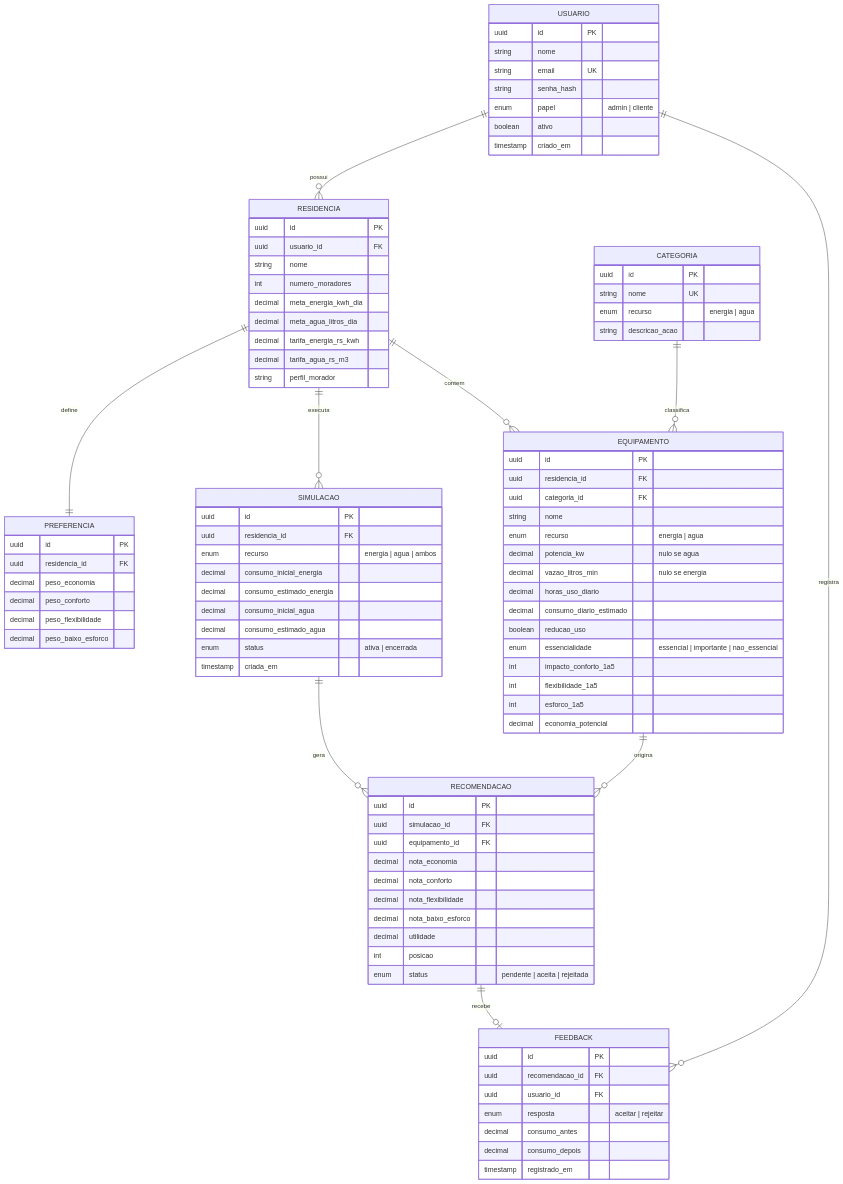
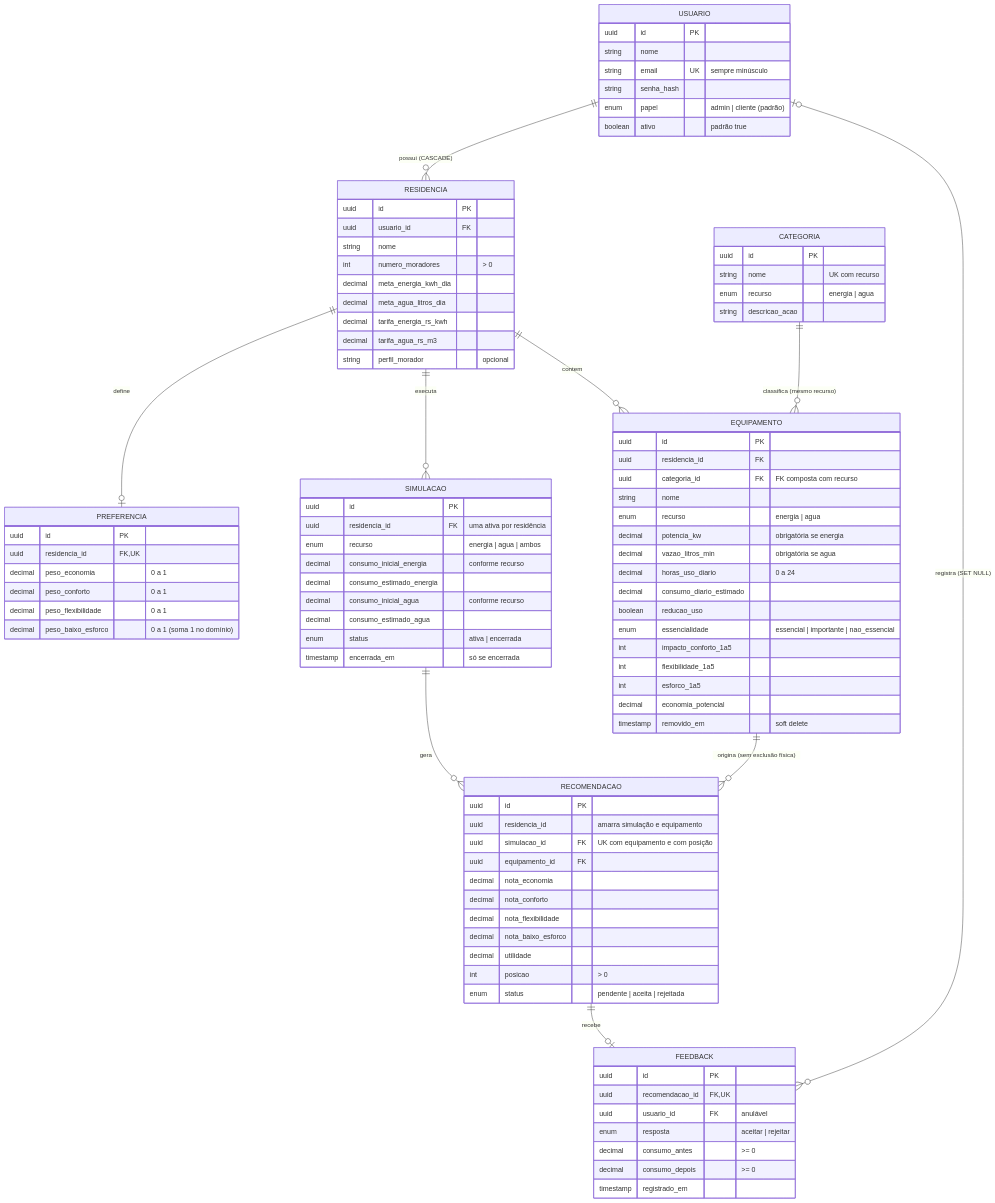
Before and after one commit to Joloano/agente-recomendacao-economia: the first of 3 diagrams in docs/diagramas.md, drawn with Mermaid. The commit also changed other lines of this file and 20 other files, not shown here.

````diff
--- a/docs/diagramas.md
+++ b/docs/diagramas.md
@@ -5,58 +8,57 @@
 ```mermaid
 erDiagram
-    USUARIO ||--o{ RESIDENCIA : possui
-    RESIDENCIA ||--|| PREFERENCIA : define
+    USUARIO ||--o{ RESIDENCIA : "possui (CASCADE)"
+    RESIDENCIA ||--o| PREFERENCIA : define
     RESIDENCIA ||--o{ EQUIPAMENTO : contem
-    CATEGORIA ||--o{ EQUIPAMENTO : classifica
+    CATEGORIA ||--o{ EQUIPAMENTO : "classifica (mesmo recurso)"
     RESIDENCIA ||--o{ SIMULACAO : executa
     SIMULACAO ||--o{ RECOMENDACAO : gera
-    EQUIPAMENTO ||--o{ RECOMENDACAO : origina
+    EQUIPAMENTO ||--o{ RECOMENDACAO : "origina (sem exclusão física)"
     RECOMENDACAO ||--o| FEEDBACK : recebe
-    USUARIO ||--o{ FEEDBACK : registra
+    USUARIO |o--o{ FEEDBACK : "registra (SET NULL)"
 
     USUARIO {
         uuid id PK
         string nome
-        string email UK
+        string email UK "sempre minúsculo"
         string senha_hash
-        enum papel "admin | cliente"
-        boolean ativo
-        timestamp criado_em
+        enum papel "admin | cliente (padrão)"
+        boolean ativo "padrão true"
     }
     RESIDENCIA {
         uuid id PK
         uuid usuario_id FK
         string nome
-        int numero_moradores
+        int numero_moradores "> 0"
         decimal meta_energia_kwh_dia
         decimal meta_agua_litros_dia
         decimal tarifa_energia_rs_kwh
         decimal tarifa_agua_rs_m3
-        string perfil_morador
+        string perfil_morador "opcional"
     }
     PREFERENCIA {
         uuid id PK
-        uuid residencia_id FK
-        decimal peso_economia
-        decimal peso_conforto
-        decimal peso_flexibilidade
-        decimal peso_baixo_esforco
+        uuid residencia_id FK,UK
+        decimal peso_economia "0 a 1"
+        decimal peso_conforto "0 a 1"
+        decimal peso_flexibilidade "0 a 1"
+        decimal peso_baixo_esforco "0 a 1 (soma 1 no domínio)"
     }
     CATEGORIA {
         uuid id PK
-        string nome UK
+        string nome "UK com recurso"
         enum recurso "energia | agua"
         string descricao_acao
     }
     EQUIPAMENTO {
         uuid id PK
         uuid residencia_id FK
-        uuid categoria_id FK
+        uuid categoria_id FK "FK composta com recurso"
         string nome
         enum recurso "energia | agua"
-        decimal potencia_kw "nulo se agua"
-        decimal vazao_litros_min "nulo se energia"
-        decimal horas_uso_diario
+        decimal potencia_kw "obrigatória se energia"
+        decimal vazao_litros_min "obrigatória se agua"
+        decimal horas_uso_diario "0 a 24"
         decimal consumo_diario_estimado
         boolean reducao_uso
         enum essencialidade "essencial | importante | nao_essencial"
@@ -64,37 +66,39 @@
         int flexibilidade_1a5
         int esforco_1a5
         decimal economia_potencial
+        timestamp removido_em "soft delete"
     }
     SIMULACAO {
         uuid id PK
-        uuid residencia_id FK
+        uuid residencia_id FK "uma ativa por residência"
         enum recurso "energia | agua | ambos"
-        decimal consumo_inicial_energia
+        decimal consumo_inicial_energia "conforme recurso"
         decimal consumo_estimado_energia
-        decimal consumo_inicial_agua
+        decimal consumo_inicial_agua "conforme recurso"
         decimal consumo_estimado_agua
         enum status "ativa | encerrada"
-        timestamp criada_em
+        timestamp encerrada_em "só se encerrada"
     }
     RECOMENDACAO {
         uuid id PK
-        uuid simulacao_id FK
+        uuid residencia_id "amarra simulação e equipamento"
+        uuid simulacao_id FK "UK com equipamento e com posição"
         uuid equipamento_id FK
         decimal nota_economia
         decimal nota_conforto
         decimal nota_flexibilidade
         decimal nota_baixo_esforco
         decimal utilidade
-        int posicao
+        int posicao "> 0"
         enum status "pendente | aceita | rejeitada"
     }
     FEEDBACK {
         uuid id PK
-        uuid recomendacao_id FK
-        uuid usuario_id FK
+        uuid recomendacao_id FK,UK
+        uuid usuario_id FK "anulável"
         enum resposta "aceitar | rejeitar"
-        decimal consumo_antes
-        decimal consumo_depois
+        decimal consumo_antes ">= 0"
+        decimal consumo_depois ">= 0"
         timestamp registrado_em
     }
 ```
````
